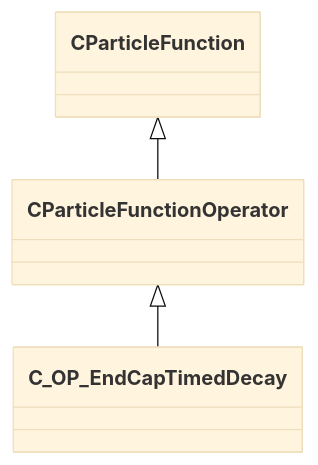
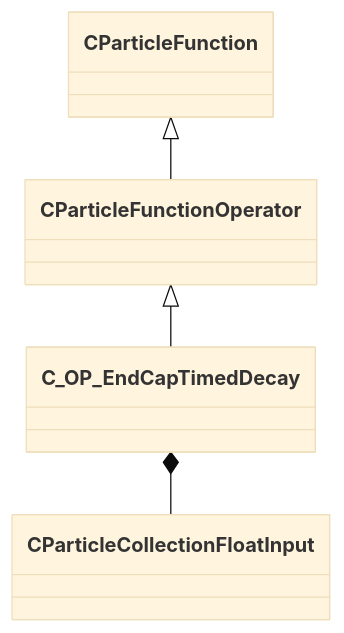
One commit to CS2OpenDev/CS2OpenDev-Docs changed the diagram in docs/generated/schemas/particles/C_OP_EndCapTimedDecay.md. Above: the diagram before and after it, drawn with Mermaid (base theme). The commit also changed other lines of this file and 4654 other files, not shown here.

Commit message:
docs: regenerate for SchemaTracker build 25947352 [skip ci]

````diff
--- a/docs/generated/schemas/particles/C_OP_EndCapTimedDecay.md
+++ b/docs/generated/schemas/particles/C_OP_EndCapTimedDecay.md
@@ -19,5 +21,6 @@
 ```mermaid
 classDiagram
     CParticleFunctionOperator <|-- C_OP_EndCapTimedDecay
     CParticleFunction <|-- CParticleFunctionOperator
+    C_OP_EndCapTimedDecay *-- CParticleCollectionFloatInput
 ```
````
